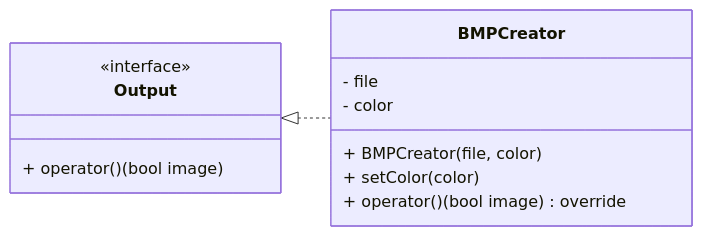
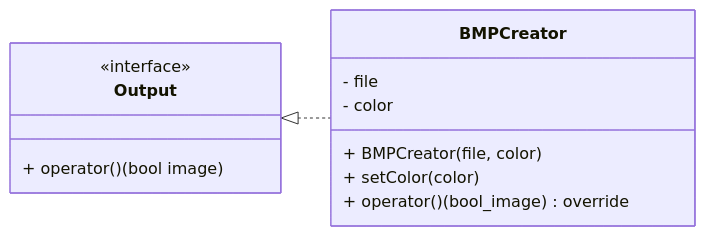
The diagram in README.md (bosornd/shape-printer), drawn with Mermaid before and after one commit.

Commit message:
9_bmp_creator_functor

````diff
--- a/README.md
+++ b/README.md
@@ -6,16 +6,16 @@
 ```mermaid
 classDiagram
   direction LR
   class Output {
     <<interface>>
     + operator()(bool image)
   }
   class BMPCreator {
     - file
     - color
     + BMPCreator(file, color)
     + setColor(color)
-    + operator()(bool image) override
+    + operator()(bool_image) override
   }
   Output <|.. BMPCreator
 ```
````
